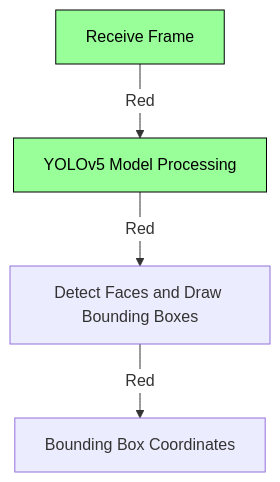
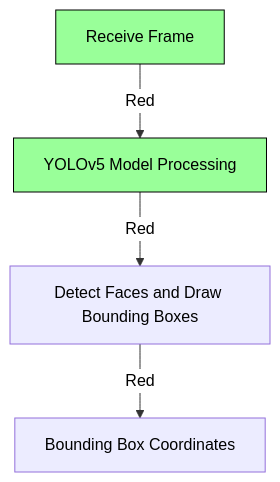
One commit to Tharun-selladurai/face_liveliness_web_platform changed the second of 6 diagrams in README.md. Above: the diagram before and after it, drawn with Mermaid. The commit also changed other lines of this file, not shown here.

````diff
--- a/README.md
+++ b/README.md
@@ -74,10 +74,10 @@
 ```mermaid
-%%{init: {'theme': 'default', 'themeVariables': {'edgeLabelBackground':'#ffffff', 'tertiaryColor':'#ffffff'}}}%%
+%%{init: { "theme": "default", "themeVariables": { "edgeLabelBackground": "#ffffff", "tertiaryColor": "#ffffff", "primaryColor": "#99ff99", "edgeColor": "#ff0000", "textColor": "#000000" }}}%%
 graph TD;
     A[Receive Frame] -->|Red| B[YOLOv5 Model Processing]
     B -->|Red| C[Detect Faces and Draw Bounding Boxes]
     C -->|Red| D[Bounding Box Coordinates]
     
     classDef detect fill:#99ff99,stroke:#000000,color:#000000;
     class A,B detect;
 ```
````
